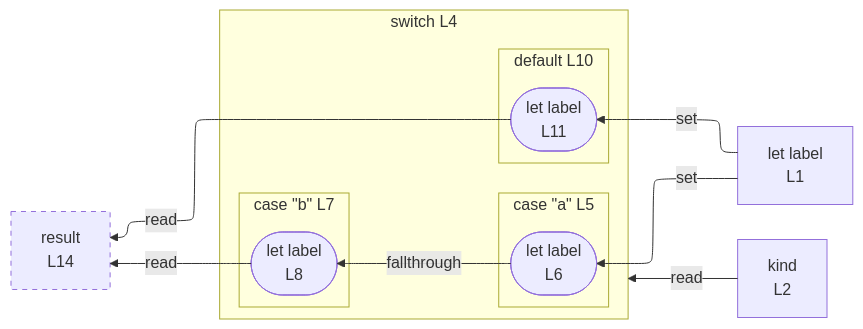
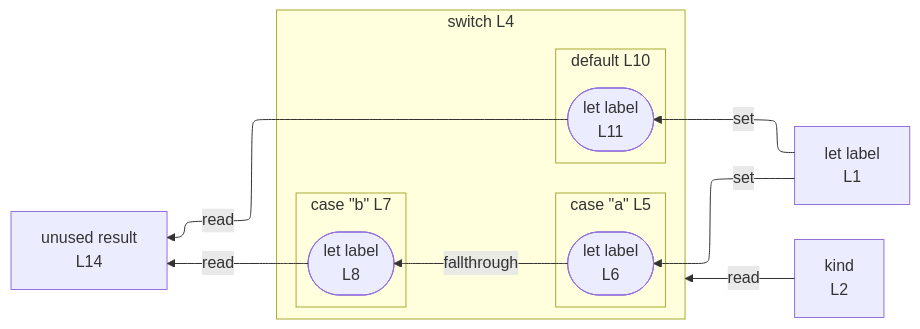
The diagram in integration/fixtures/control-switch-partial-break/preview.md (crescware/unsnarl), drawn with Mermaid before and after one commit. The commit also changed 75 other files, not shown here.

````diff
--- a/integration/fixtures/control-switch-partial-break/preview.md
+++ b/integration/fixtures/control-switch-partial-break/preview.md
@@ -24,30 +24,28 @@
 ```mermaid
 %%{init: {"flowchart": {"defaultRenderer": "elk"}}}%%
 flowchart RL
   n_scope_0_label_4["let label<br/>L1"]
   n_scope_0_kind_22["kind<br/>L2"]
-  n_scope_0_result_168["result<br/>L14"]
+  n_scope_0_result_168["unused result<br/>L14"]
   subgraph s_scope_1["switch L4"]
     direction RL
     subgraph s_scope_2["case &quot;a&quot; L5"]
       direction RL
       wr_ref_1(["let label<br/>L6"])
     end
     subgraph s_scope_3["case &quot;b&quot; L7"]
       direction RL
       wr_ref_2(["let label<br/>L8"])
     end
     subgraph s_scope_4["default L10"]
       direction RL
       wr_ref_3(["let label<br/>L11"])
     end
   end
   n_scope_0_label_4 -->|set| wr_ref_1
   wr_ref_1 -->|fallthrough| wr_ref_2
   n_scope_0_label_4 -->|set| wr_ref_3
   n_scope_0_kind_22 -->|read| s_scope_1
   wr_ref_2 -->|read| n_scope_0_result_168
   wr_ref_3 -->|read| n_scope_0_result_168
-  classDef unused stroke-dasharray: 5 5;
-  class n_scope_0_result_168 unused;
 ```
````
